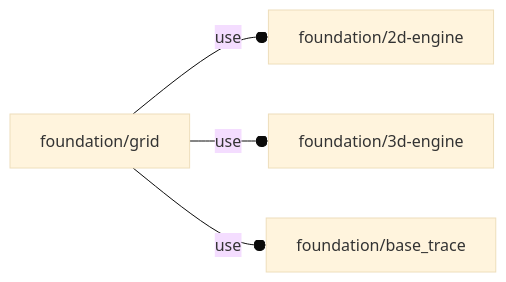
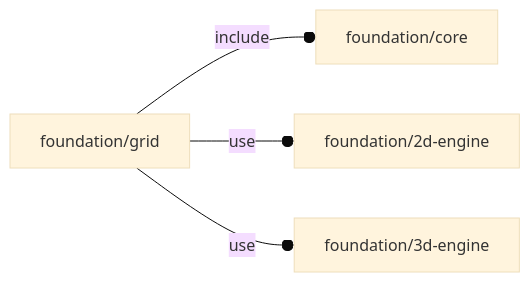
The diagram in orthodocs/foundation/grid.md (ggabbiani/OFL), drawn with Mermaid (base theme) before and after one commit. The commit also changed 52 other files, not shown here.

Commit message:
base_* libraries merged into core.scad

````diff
--- a/orthodocs/foundation/grid.md
+++ b/orthodocs/foundation/grid.md
@@ -5,6 +5,6 @@
 ```mermaid
 graph LR
-    A1[foundation/grid] --o|use| A2[foundation/2d-engine]
-    A1 --o|use| A3[foundation/3d-engine]
-    A1 --o|use| A4[foundation/base_trace]
+    A1[foundation/grid] --o|include| A2[foundation/core]
+    A1 --o|use| A3[foundation/2d-engine]
+    A1 --o|use| A4[foundation/3d-engine]
 ```
````
